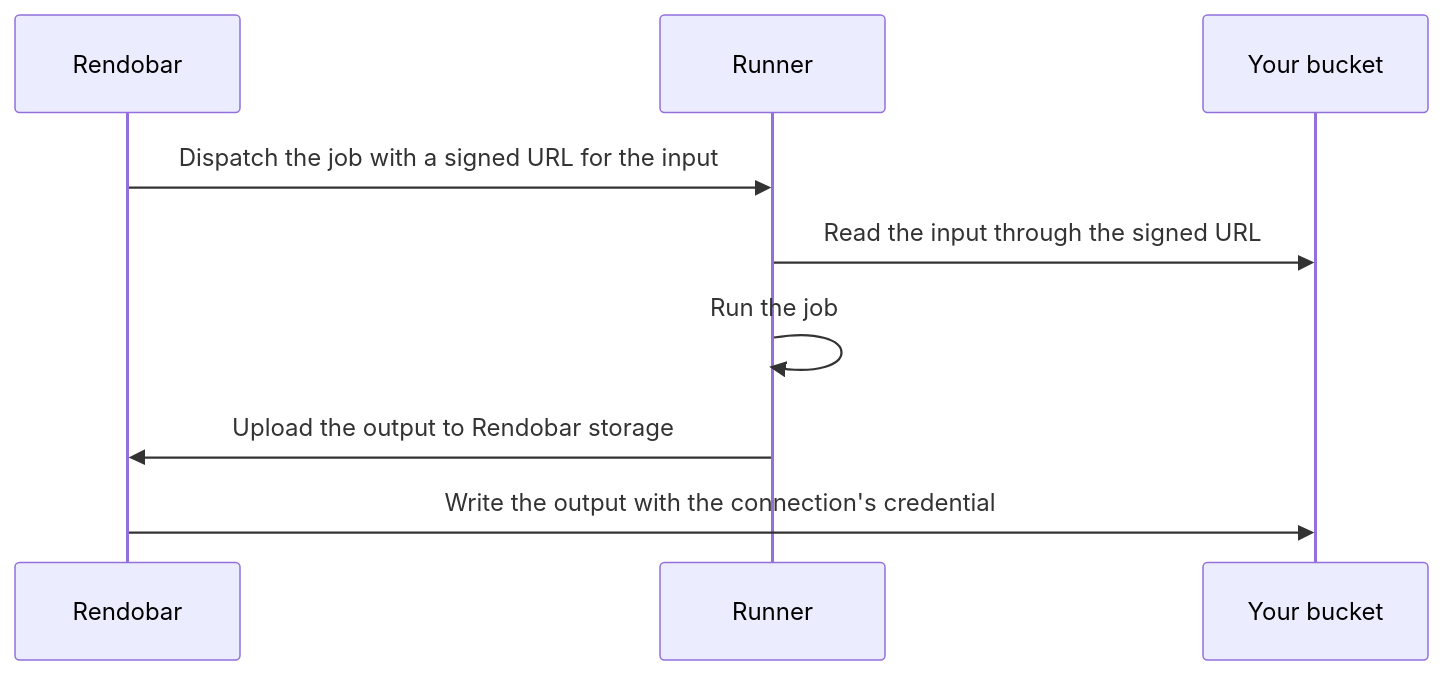
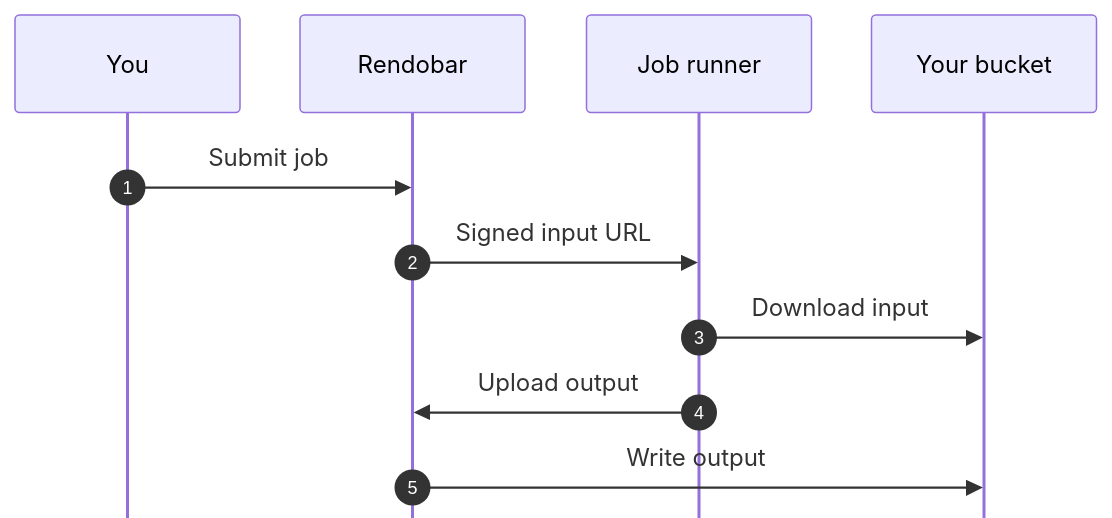
Before and after one commit to rendobar/docs: the first of 2 diagrams in storage/index.mdx, drawn with Mermaid. The commit also changed other lines of this file and 12 other files, not shown here.

````diff
--- a/storage/index.mdx
+++ b/storage/index.mdx
@@ -55,11 +125,14 @@
 ```mermaid
+%%{init: {"sequence": {"mirrorActors": false, "messageFontSize": 15, "actorFontSize": 15, "actorMargin": 40}}}%%
 sequenceDiagram
-    participant Rendobar
-    participant Runner
+    autonumber
+    participant You
+    participant API as Rendobar
+    participant Runner as Job runner
     participant Bucket as Your bucket
-    Rendobar->>Runner: Dispatch the job with a signed URL for the input
-    Runner->>Bucket: Read the input through the signed URL
-    Runner->>Runner: Run the job
-    Runner->>Rendobar: Upload the output to Rendobar storage
-    Rendobar->>Bucket: Write the output with the connection's credential
+    You->>API: Submit job
+    API->>Runner: Signed input URL
+    Runner->>Bucket: Download input
+    Runner->>API: Upload output
+    API->>Bucket: Write output
 ```
````
